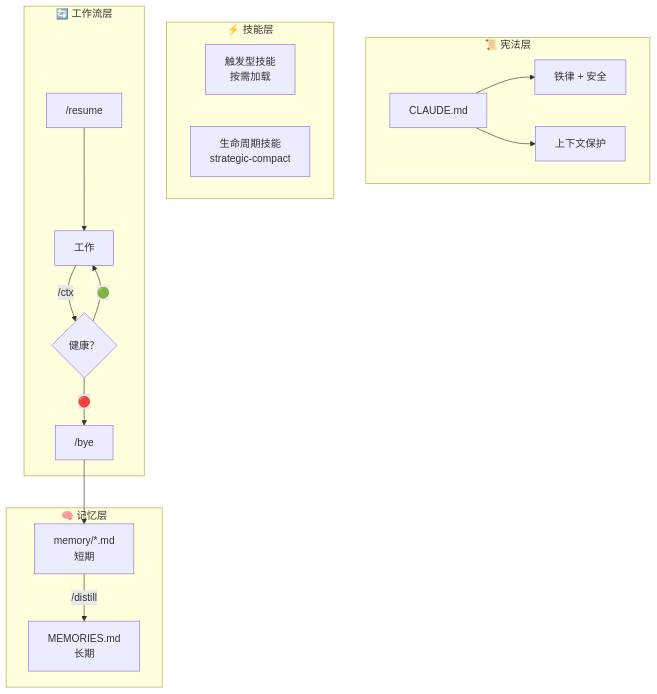
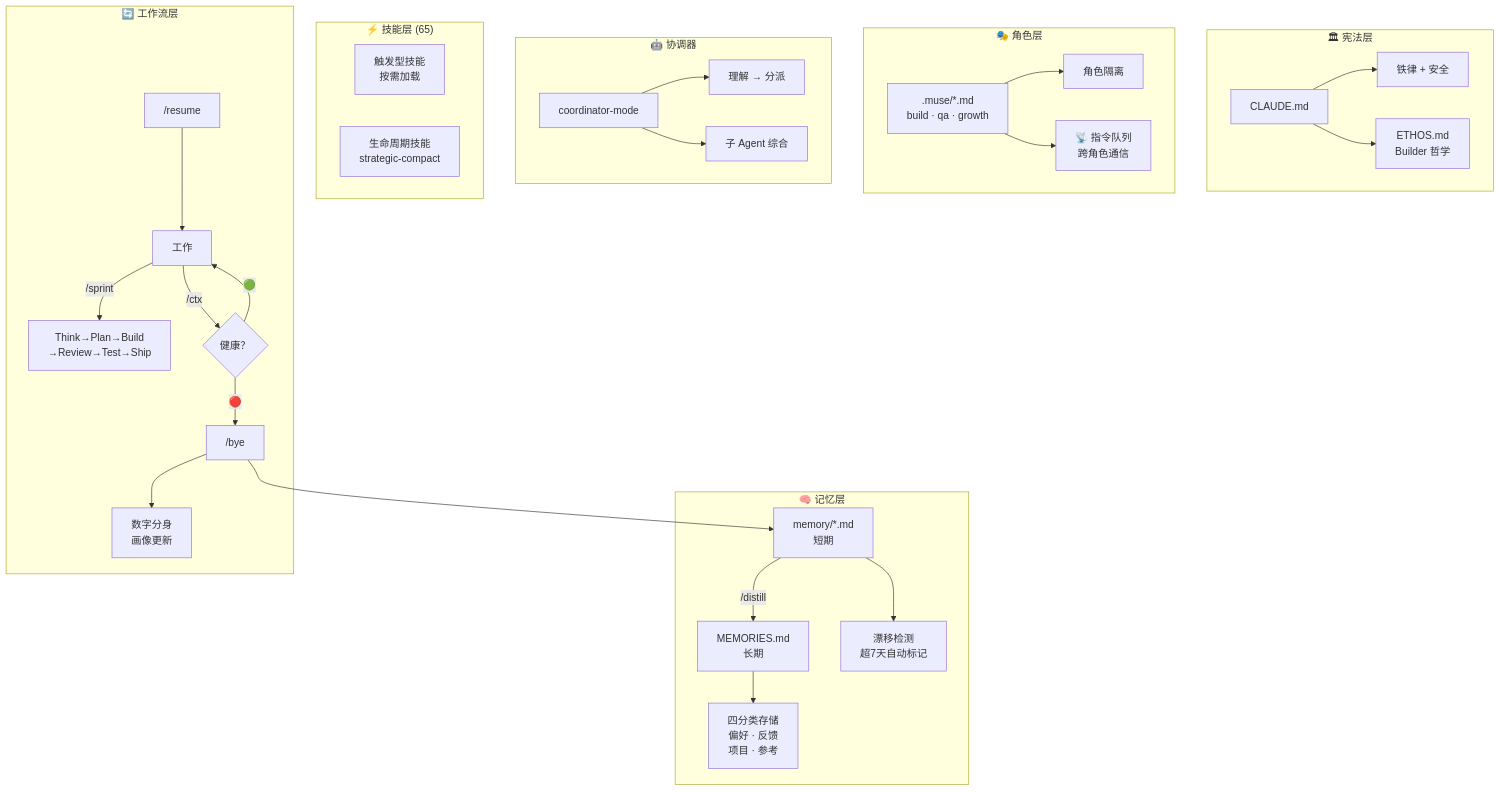
One commit to myths-labs/muse changed the diagram in README_CN.md. Above: the diagram before and after it, drawn with Mermaid. The commit also changed 1 other file, not shown here.

Commit message:
docs: update architecture diagram to v3.0 — add Role Layer, Coordinator, Memory Taxonomy, Digital Twin, /sprint

````diff
--- a/README_CN.md
+++ b/README_CN.md
@@ -127,24 +127,38 @@
 ```mermaid
 graph TB
-    subgraph "📜 宪法层"
+    subgraph "🏛 宪法层"
         A["CLAUDE.md"] --> B["铁律 + 安全"]
-        A --> C["上下文保护"]
+        A --> C["ETHOS.md<br/>Builder 哲学"]
+    end
+    
+    subgraph "🎭 角色层"
+        R[".muse/*.md<br/>build · qa · growth"] --> S["角色隔离"]
+        R --> T["📡 指令队列<br/>跨角色通信"]
     end
     
     subgraph "🧠 记忆层"
         D["memory/*.md<br/>短期"] -->|"/distill"| E["MEMORIES.md<br/>长期"]
+        D --> D1["漂移检测<br/>超7天自动标记"]
+        E --> E1["四分类存储<br/>偏好 · 反馈<br/>项目 · 参考"]
     end
     
-    subgraph "⚡ 技能层"
+    subgraph "🤖 协调器"
+        CO["coordinator-mode"] --> CO1["理解 → 分派"]
+        CO --> CO2["子 Agent 综合"]
+    end
+    
+    subgraph "⚡ 技能层 (65)"
         G["触发型技能<br/>按需加载"]
         H["生命周期技能<br/>strategic-compact"]
     end
     
     subgraph "🔄 工作流层"
         I["/resume"] --> J["工作"]
+        J -->|"/sprint"| SP["Think→Plan→Build<br/>→Review→Test→Ship"]
         J -->|"/ctx"| K{"健康？"}
         K -->|"🟢"| J
         K -->|"🔴"| L["/bye"]
         L --> D
+        L --> L1["数字分身<br/>画像更新"]
     end
 ```
````
